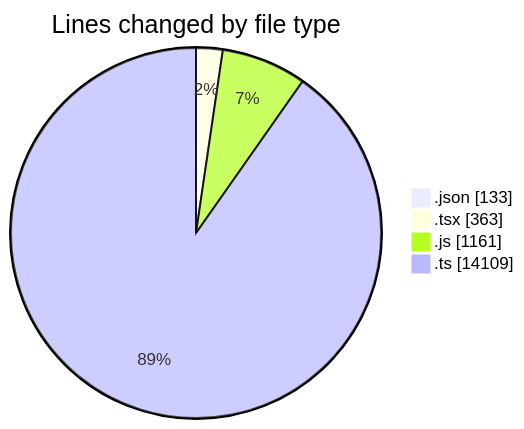
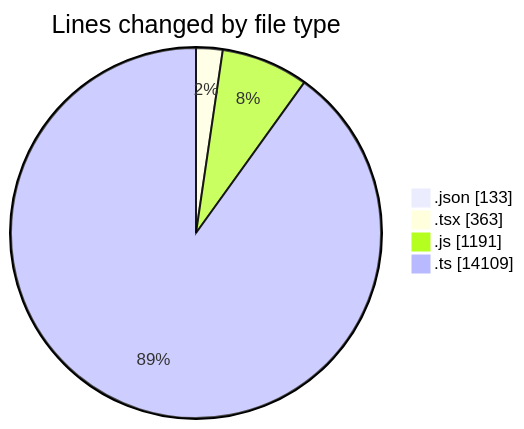
One commit to momahboobian/code-tracking changed the first of 2 diagrams in 2026-01-14/cda/README.md. Above: the diagram before and after it, drawn with Mermaid. The commit also changed other lines of this file and 1 other file, not shown here.

````diff
--- a/2026-01-14/cda/README.md
+++ b/2026-01-14/cda/README.md
@@ -30,8 +30,8 @@
 ```mermaid
 pie showData
 title Lines changed by file type
 ".json" : 133
 ".tsx" : 363
-".js" : 1161
+".js" : 1191
 ".ts" : 14109
 ```
````
